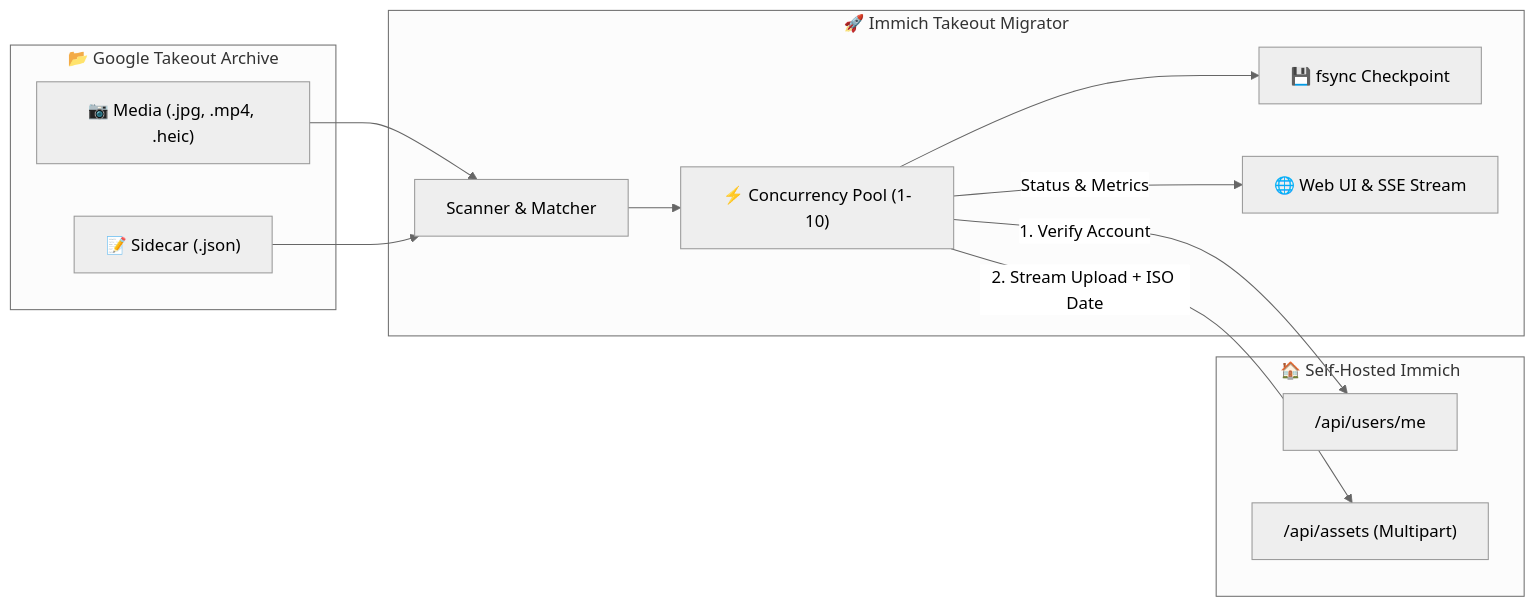
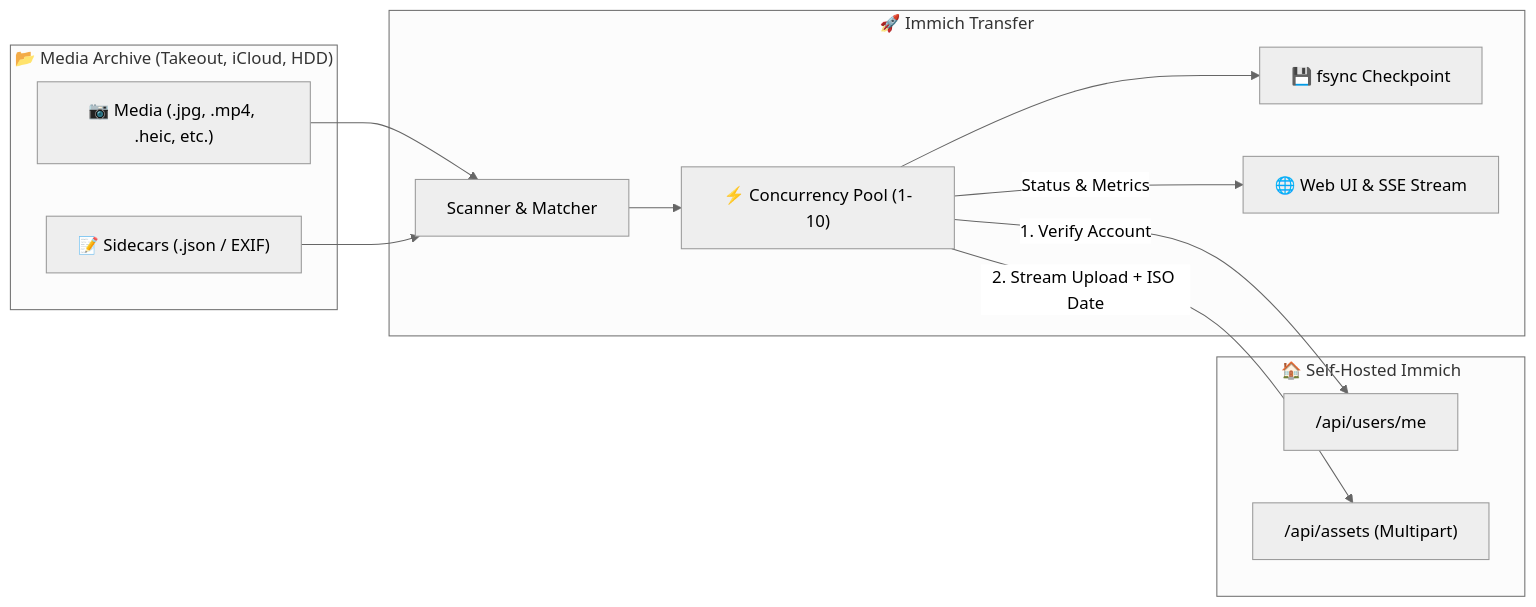
One commit to onursercanyilmaz/immich-transfer changed the diagram in README.md. Above: the diagram before and after it, drawn with Mermaid (neutral theme). The commit also changed other lines of this file and 5 other files, not shown here.

Commit message:
feat: universalize branding to Immich Transfer, design modern cyber-minimalist logo, and refine UI alignments

````diff
--- a/README.md
+++ b/README.md
@@ -60,27 +60,27 @@
 ```mermaid
 flowchart LR
-    subgraph Takeout["📂 Google Takeout Archive"]
-        Media["📷 Media (.jpg, .mp4, .heic)"]
-        Json["📝 Sidecar (.json)"]
+    subgraph Takeout["📂 Media Archive (Takeout, iCloud, HDD)"]
+        Media["📷 Media (.jpg, .mp4, .heic, etc.)"]
+        Json["📝 Sidecars (.json / EXIF)"]
     end
 
-    subgraph Migrator["🚀 Immich Takeout Migrator"]
+    subgraph Migrator["🚀 Immich Transfer"]
         Scanner["Scanner & Matcher"]
         WorkerPool["⚡ Concurrency Pool (1-10)"]
         Checkpoint["💾 fsync Checkpoint"]
         WebUI["🌐 Web UI & SSE Stream"]
     end
 
     subgraph Immich["🏠 Self-Hosted Immich"]
         AuthAPI["/api/users/me"]
         UploadAPI["/api/assets (Multipart)"]
     end
 
     Media --> Scanner
     Json --> Scanner
     Scanner --> WorkerPool
     WorkerPool --> Checkpoint
     WorkerPool -->|Status & Metrics| WebUI
     WorkerPool -->|1. Verify Account| AuthAPI
     WorkerPool -->|2. Stream Upload + ISO Date| UploadAPI
 ```
````
